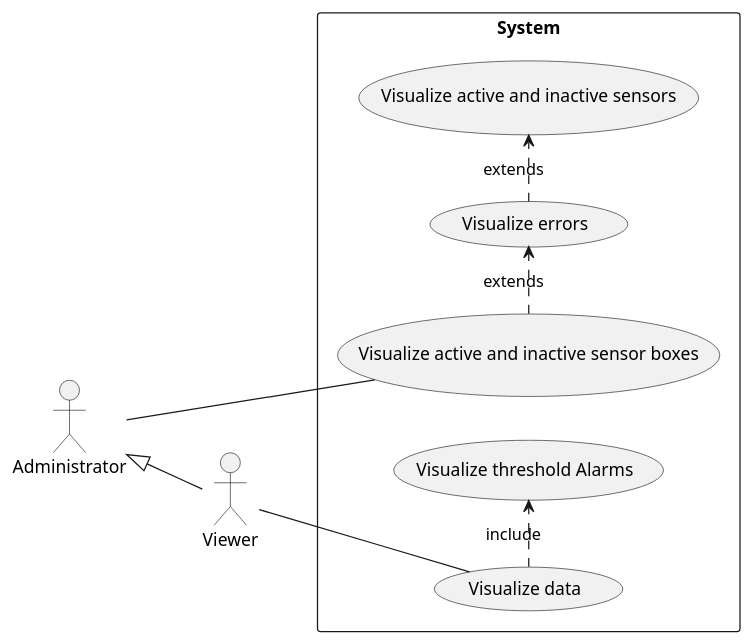
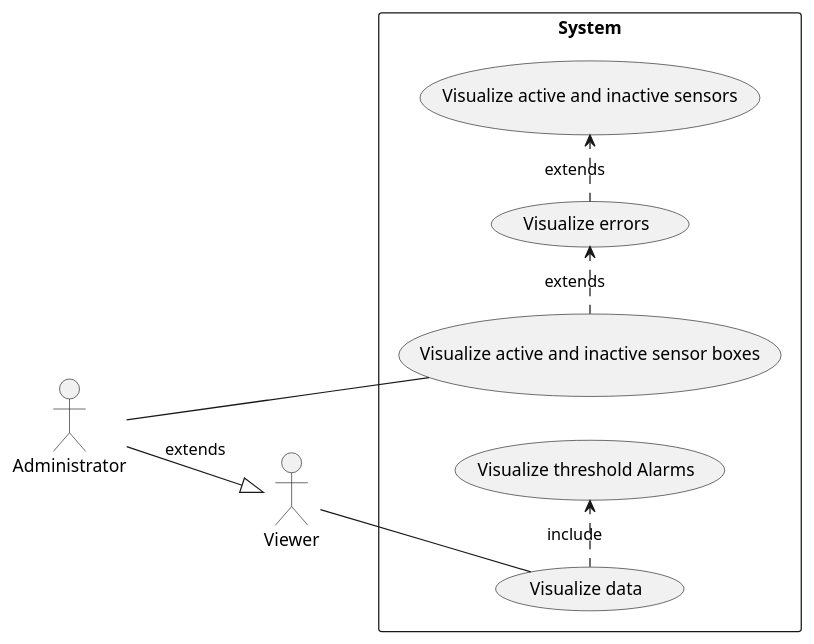
Before and after one commit to 2324-5bhitm-itp/2223-4bhitm-project-iot-dashboard: the diagram in docs/asciidocs/plantuml/ucd.puml, drawn with PlantUML. The commit also changed 2 other files, not shown here.

```diff
--- a/docs/asciidocs/plantuml/ucd.puml
+++ b/docs/asciidocs/plantuml/ucd.puml
@@ -1,32 +1,32 @@
 @startuml
 'https://plantuml.com/sequence-diagram
 
 'UCD -------------------------
 left to right direction
 
 actor "Administrator" as Administrator
 
 rectangle System as System {
   usecase "Visualize active and inactive sensor boxes" as UC1
 
   usecase "Visualize errors" as UC2
   usecase "Visualize active and inactive sensors" as UC3
 
   usecase "Visualize data" as UC12
   usecase "Visualize threshold Alarms" as UC22
 }
 
 Administrator -- UC1
 
 (UC1) .> (UC2) : extends
 (UC2) .> (UC3) : extends
 
 'UCD2 ------------------------
 actor "Viewer" as School
 
-Administrator <|-- School
+Administrator --|> School : extends
 
 School -- UC12
 (UC12) .> (UC22) : include
 
 @enduml
```
